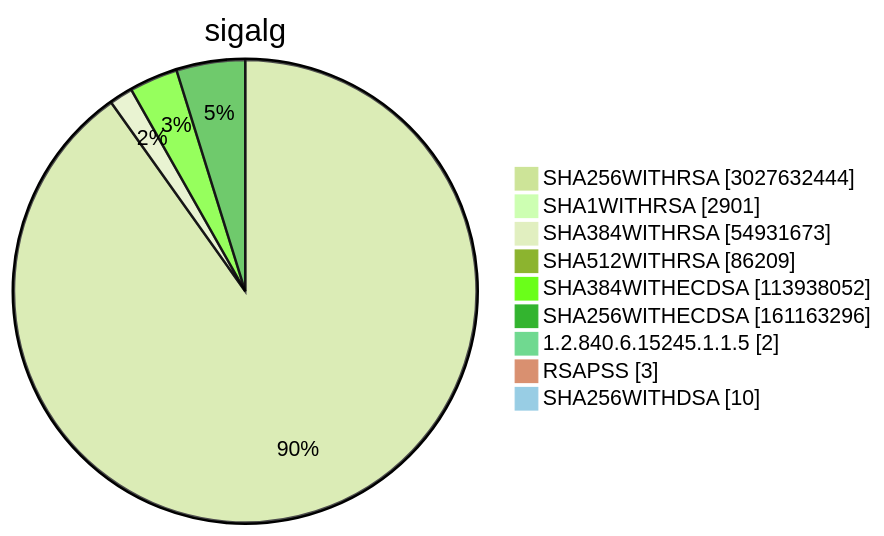
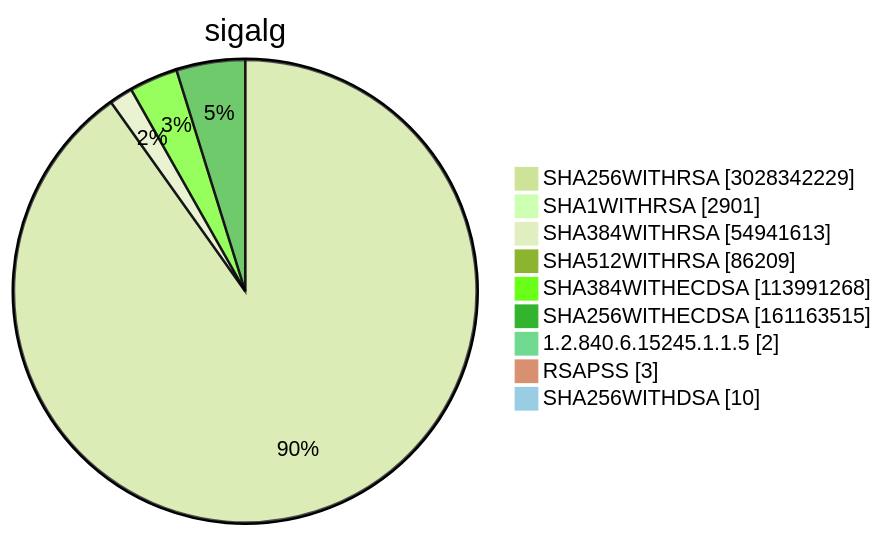
Before and after one commit to christiankrug/ctmonitor_visualization: diagram 15 of 15 in TOTAL/README.md, drawn with Mermaid (forest theme). The commit also changed other lines of this file, not shown here.

````diff
--- a/TOTAL/README.md
+++ b/TOTAL/README.md
@@ -6208,13 +6208,13 @@
 ```mermaid
 pie showData
 title sigalg
-"SHA256WITHRSA" :3027632444
+"SHA256WITHRSA" :3028342229
 "SHA1WITHRSA" :2901
-"SHA384WITHRSA" :54931673
+"SHA384WITHRSA" :54941613
 "SHA512WITHRSA" :86209
-"SHA384WITHECDSA" :113938052
-"SHA256WITHECDSA" :161163296
+"SHA384WITHECDSA" :113991268
+"SHA256WITHECDSA" :161163515
 "1.2.840.6.15245.1.1.5" :2
 "RSAPSS" :3
 "SHA256WITHDSA" :10
 ```
````
